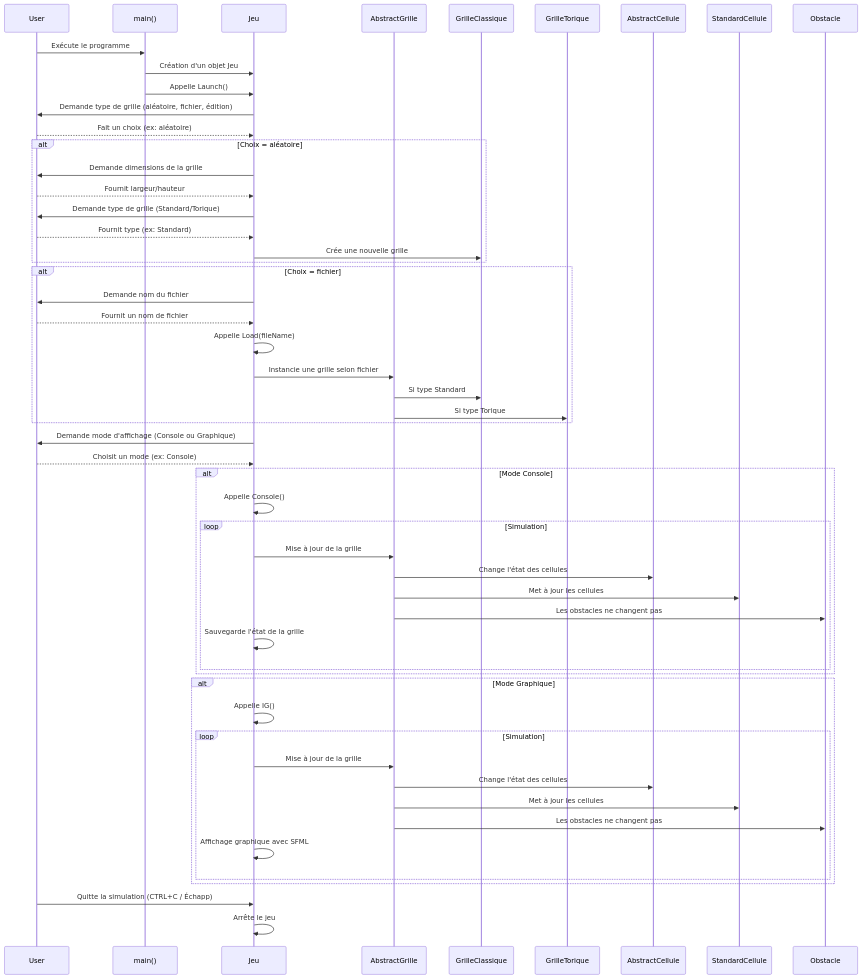
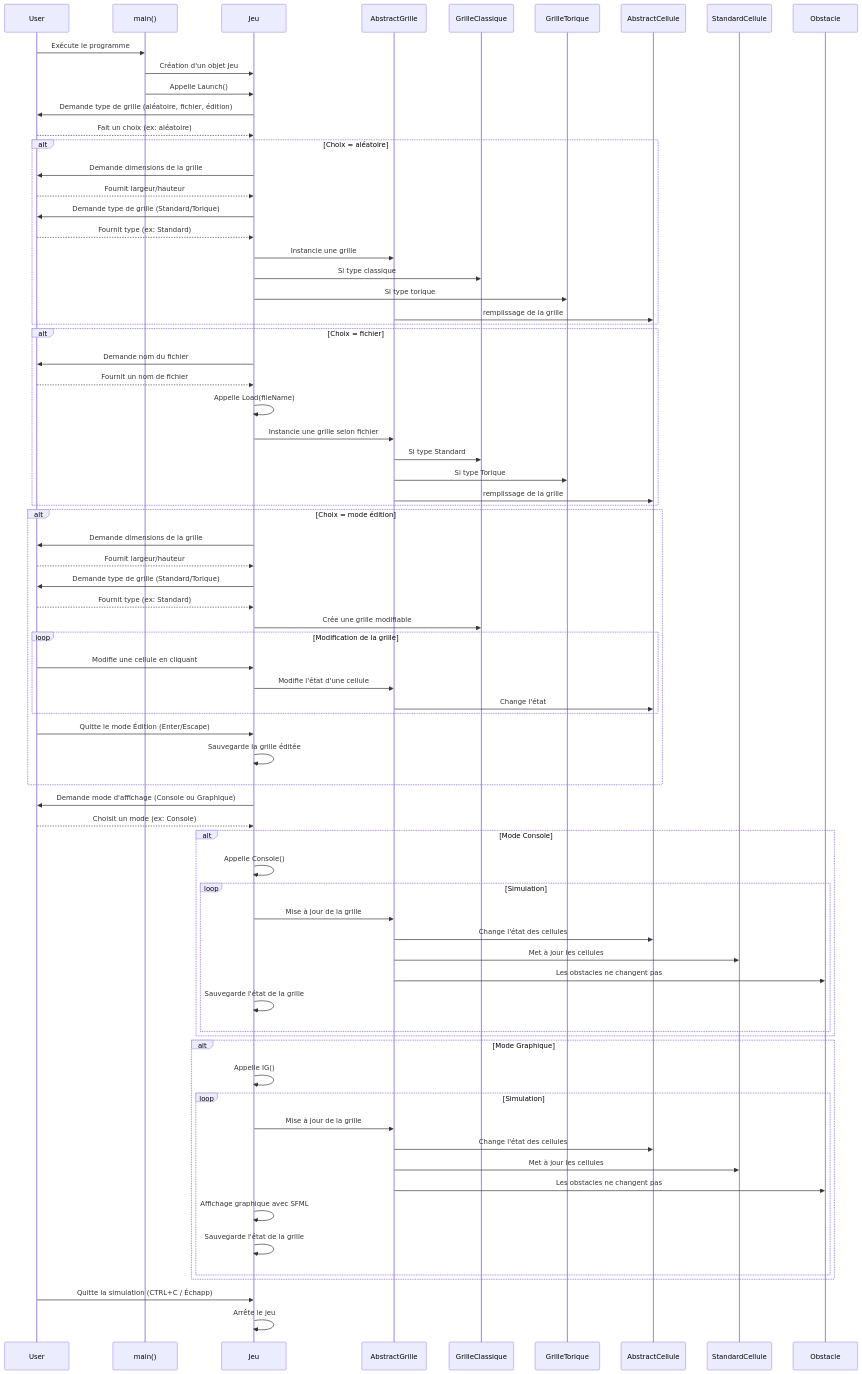
Before and after one commit to LinkPlayG/ProjetJeuDeLaVie: the diagram in Diagrammes/Diagramme de séquence.md, drawn with Mermaid.

Commit message:
Update Diagramme de séquence.md

````diff
--- a/Diagrammes/Diagramme de séquence.md
+++ b/Diagrammes/Diagramme de séquence.md
@@ -1,4 +1,5 @@
 ```mermaid
+
 sequenceDiagram
     participant User
     participant main as main()
@@ -22,8 +23,12 @@
         User-->>Jeu: Fournit largeur/hauteur
         Jeu->>User: Demande type de grille (Standard/Torique)
         User-->>Jeu: Fournit type (ex: Standard)
-        Jeu->>GrilleClassique: Crée une nouvelle grille
+        Jeu->>AbstractGrille: Instancie une grille
+        Jeu->>GrilleClassique: Si type classique
+        Jeu->>GrilleTorique: Si type torique
+        AbstractGrille ->> AbstractCellule : remplissage de la grille
     end
+
 
     alt Choix = fichier
         Jeu->>User: Demande nom du fichier
@@ -32,6 +37,22 @@
         Jeu->>AbstractGrille: Instancie une grille selon fichier
         AbstractGrille->>GrilleClassique: Si type Standard
         AbstractGrille->>GrilleTorique: Si type Torique
+        AbstractGrille ->> AbstractCellule : remplissage de la grille
+    end
+
+    alt Choix = mode édition
+        Jeu->>User: Demande dimensions de la grille
+        User-->>Jeu: Fournit largeur/hauteur
+        Jeu->>User: Demande type de grille (Standard/Torique)
+        User-->>Jeu: Fournit type (ex: Standard)
+        Jeu->>GrilleClassique: Crée une grille modifiable
+        loop Modification de la grille
+            User->>Jeu: Modifie une cellule en cliquant
+            Jeu->>AbstractGrille: Modifie l'état d'une cellule
+            AbstractGrille->>AbstractCellule: Change l'état
+        end
+        User->>Jeu: Quitte le mode Édition (Enter/Escape)
+        Jeu->>Jeu: Sauvegarde la grille éditée
     end
 
     Jeu->>User: Demande mode d'affichage (Console ou Graphique)
@@ -56,9 +77,11 @@
             AbstractGrille->>StandardCellule: Met à jour les cellules
             AbstractGrille->>Obstacle: Les obstacles ne changent pas
             Jeu->>Jeu: Affichage graphique avec SFML
+            Jeu->>Jeu: Sauvegarde l'état de la grille
         end
     end
 
     User->>Jeu: Quitte la simulation (CTRL+C / Échapp)
     Jeu->>Jeu: Arrête le jeu
+
 ```
````
